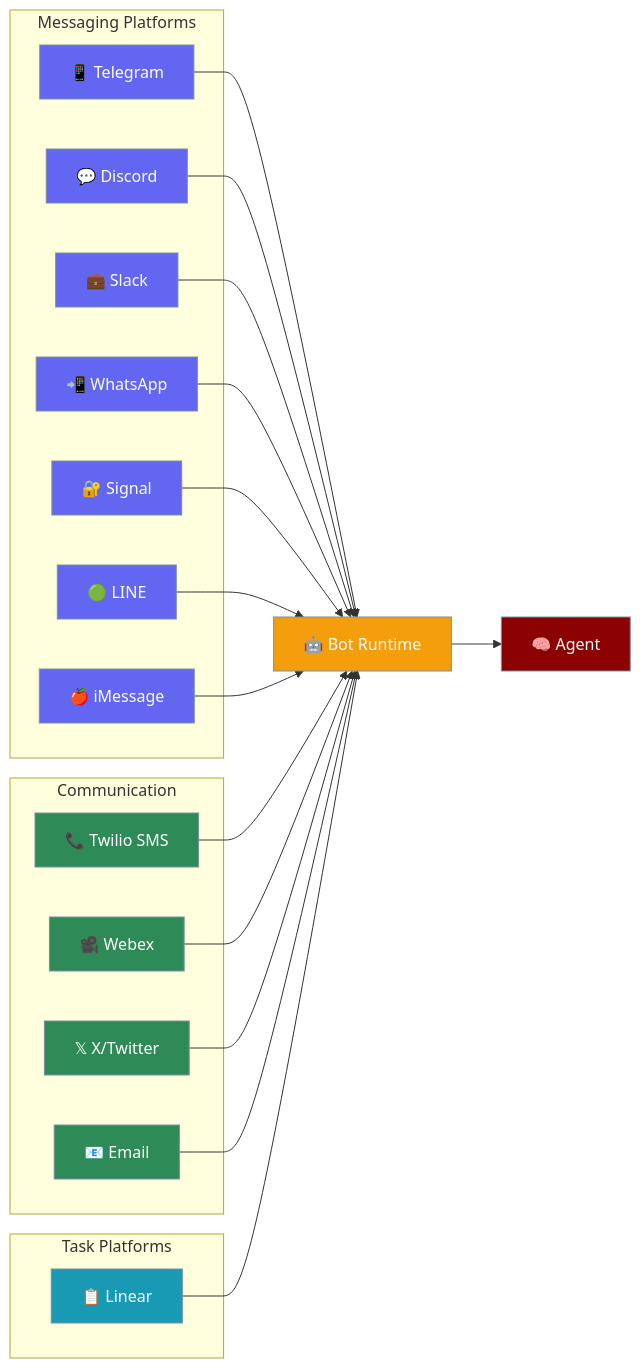
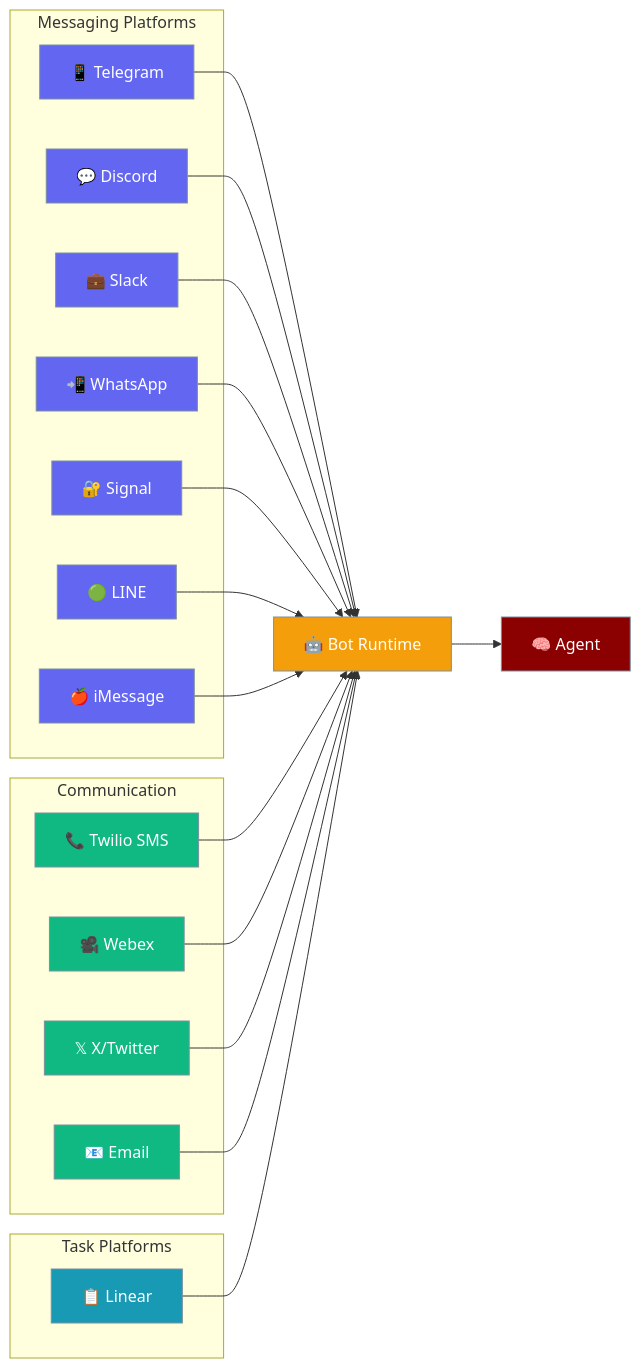
The first of 16 diagrams in docs/features/messaging-bots.mdx (MervinPraison/PraisonAIDocs), drawn with Mermaid before and after one commit. The commit also changed other lines of this file and 10 other files, not shown here.

First line of the commit message:
docs: normalise §3.1 Mermaid palette in features + tools (fixes #1556)

````diff
--- a/docs/features/messaging-bots.mdx
+++ b/docs/features/messaging-bots.mdx
@@ -22,51 +22,51 @@
 ```mermaid
 graph LR
     subgraph "Messaging Platforms"
         T[📱 Telegram]
         D[💬 Discord]
         S[💼 Slack]
         W[📲 WhatsApp]
         SG[🔐 Signal]
         L[🟢 LINE]
         IM[🍎 iMessage]
     end
     
     subgraph "Communication"
         TW[📞 Twilio SMS]
         WX[🎥 Webex]
         X[𝕏 X/Twitter]
         E[📧 Email]
     end
     
     subgraph "Task Platforms"
         LN[📋 Linear]
     end
     
     T --> B[🤖 Bot Runtime]
     D --> B
     S --> B
     W --> B
     E --> B
     SG --> B
     L --> B
     IM --> B
     
     TW --> B
     WX --> B
     X --> B
     LN --> B
     
     B --> A[🧠 Agent]
     
     classDef platform fill:#6366F1,stroke:#7C90A0,color:#fff
-    classDef comm fill:#2E8B57,stroke:#7C90A0,color:#fff
+    classDef comm fill:#10B981,stroke:#7C90A0,color:#fff
     classDef task fill:#189AB4,stroke:#7C90A0,color:#fff
     classDef bot fill:#F59E0B,stroke:#7C90A0,color:#fff
     classDef agent fill:#8B0000,stroke:#7C90A0,color:#fff
     
     class T,D,S,W,SG,L,IM platform
     class TW,WX,X,E comm
     class LN task
     class B bot
     class A agent
 ```
````
